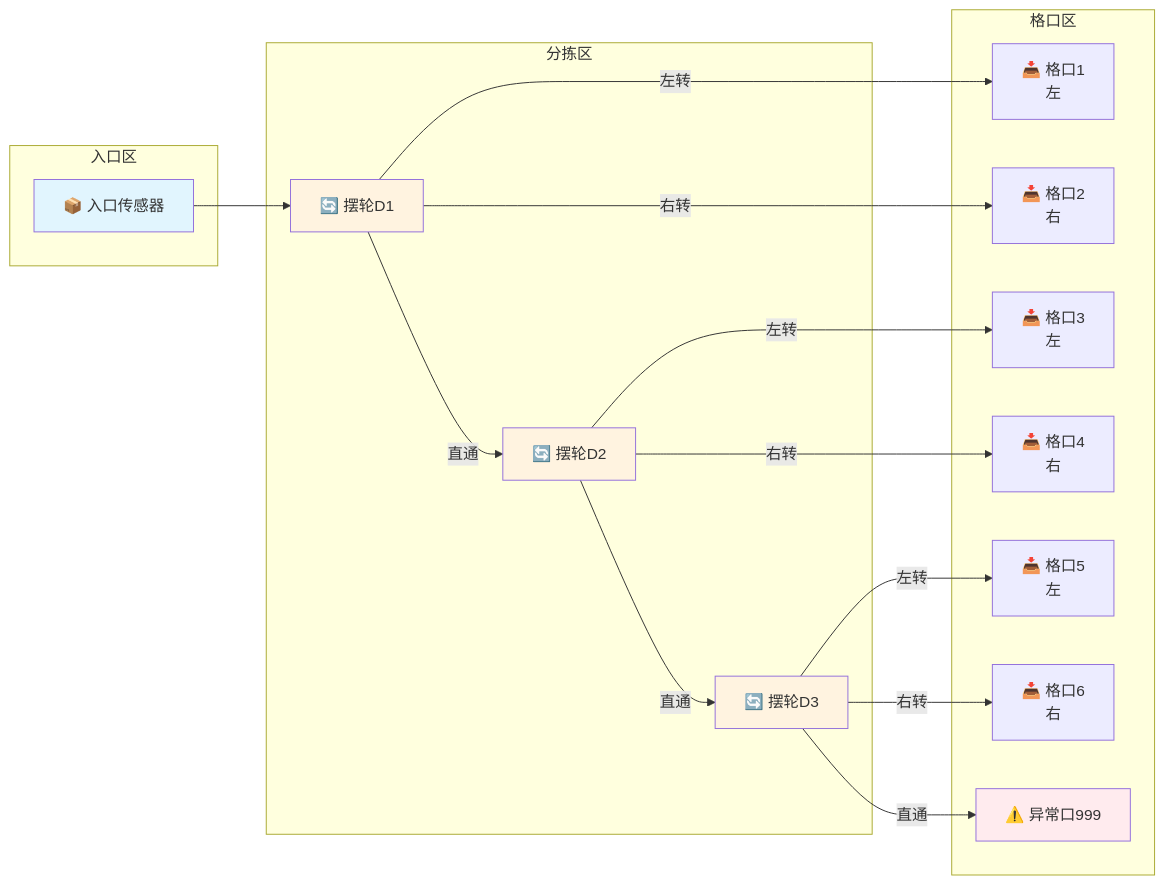
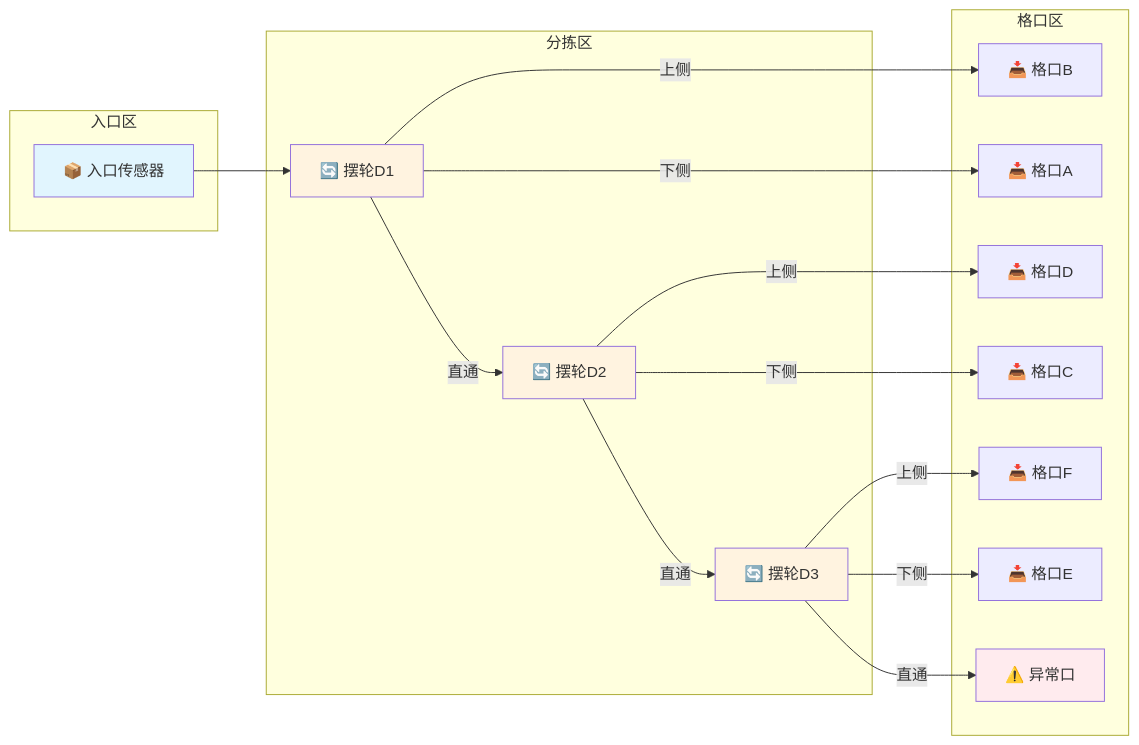
Before and after one commit to Hisoka6602/ZakYip.WheelDiverterSorter: the diagram in docs/TOPOLOGY_LINEAR_N_DIVERTERS.md, drawn with Mermaid. The commit also changed other lines of this file and 3 other files, not shown here.

First line of the commit message:
Fix review issues: use ISystemClock, simplify foreach loops, update topology diagram

````diff
--- a/docs/TOPOLOGY_LINEAR_N_DIVERTERS.md
+++ b/docs/TOPOLOGY_LINEAR_N_DIVERTERS.md
@@ -15,39 +15,39 @@
 ```mermaid
 flowchart LR
     subgraph 入口区
         ENTRY[📦 入口传感器]
     end
 
     subgraph 分拣区
         D1[🔄 摆轮D1]
         D2[🔄 摆轮D2]
         D3[🔄 摆轮D3]
     end
 
     subgraph 格口区
-        C1[📥 格口1<br/>左]
-        C2[📥 格口2<br/>右]
-        C3[📥 格口3<br/>左]
-        C4[📥 格口4<br/>右]
-        C5[📥 格口5<br/>左]
-        C6[📥 格口6<br/>右]
-        EX[⚠️ 异常口999]
+        CB[📥 格口B]
+        CA[📥 格口A]
+        CD[📥 格口D]
+        CC[📥 格口C]
+        CF[📥 格口F]
+        CE[📥 格口E]
+        EX[⚠️ 异常口]
     end
 
     ENTRY --> D1
-    D1 -->|左转| C1
-    D1 -->|右转| C2
+    D1 -->|上侧| CB
+    D1 -->|下侧| CA
     D1 -->|直通| D2
-    D2 -->|左转| C3
-    D2 -->|右转| C4
+    D2 -->|上侧| CD
+    D2 -->|下侧| CC
     D2 -->|直通| D3
-    D3 -->|左转| C5
-    D3 -->|右转| C6
+    D3 -->|上侧| CF
+    D3 -->|下侧| CE
     D3 -->|直通| EX
 
     style ENTRY fill:#e1f5fe
     style D1 fill:#fff3e0
     style D2 fill:#fff3e0
     style D3 fill:#fff3e0
     style EX fill:#ffebee
 ```
````
